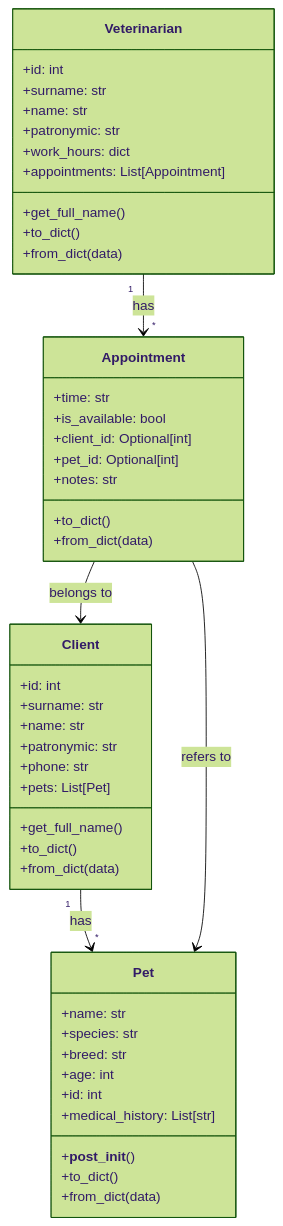
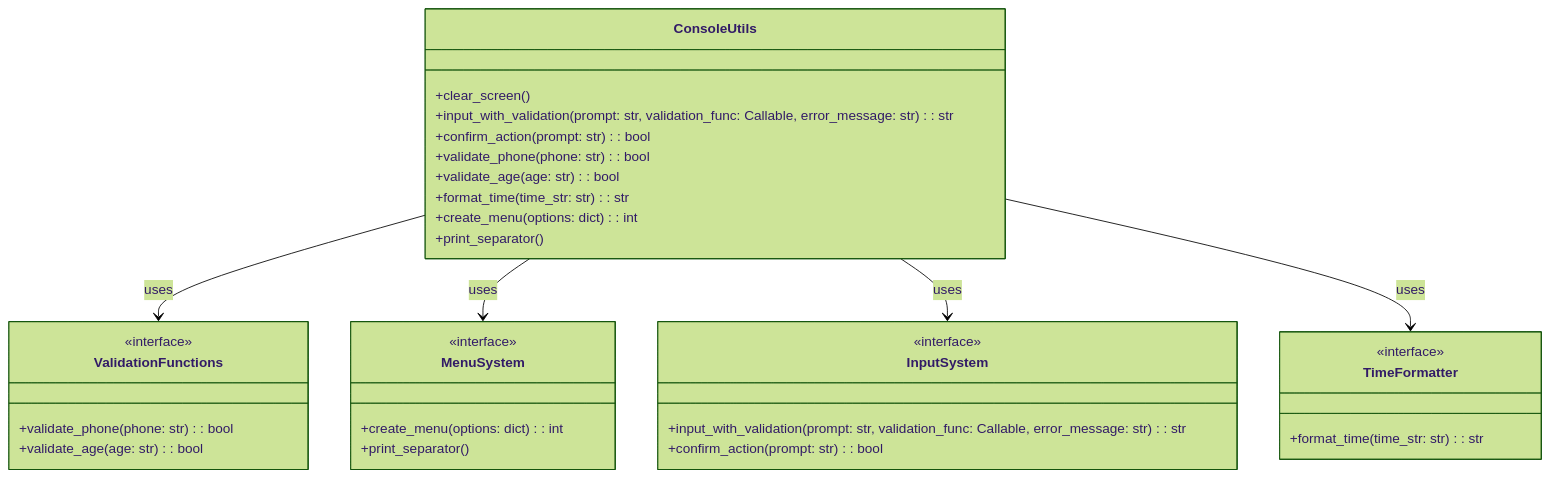
Before and after one commit to DanuloChavs/123: the diagram in README (3).md, drawn with Mermaid (forest theme).

````diff
--- a/README (3).md
+++ b/README (3).md
@@ -81,53 +81,41 @@
 ```mermaid
 classDiagram
-    class Pet {
-        +name: str
-        +species: str
-        +breed: str
-        +age: int
-        +id: int
-        +medical_history: List[str]
-        +__post_init__()
-        +to_dict()
-        +from_dict(data)
+    class ConsoleUtils {
+        +clear_screen()
+        +input_with_validation(prompt: str, validation_func: Callable, error_message: str): str
+        +confirm_action(prompt: str): bool
+        +validate_phone(phone: str): bool
+        +validate_age(age: str): bool
+        +format_time(time_str: str): str
+        +create_menu(options: dict): int
+        +print_separator()
     }
 
-    class Client {
-        +id: int
-        +surname: str
-        +name: str
-        +patronymic: str
-        +phone: str
-        +pets: List[Pet]
-        +get_full_name()
-        +to_dict()
-        +from_dict(data)
+    class ValidationFunctions {
+        <<interface>>
+        +validate_phone(phone: str): bool
+        +validate_age(age: str): bool
     }
 
-    class Appointment {
-        +time: str
-        +is_available: bool
-        +client_id: Optional[int]
-        +pet_id: Optional[int]
-        +notes: str
-        +to_dict()
-        +from_dict(data)
+    class MenuSystem {
+        <<interface>>
+        +create_menu(options: dict): int
+        +print_separator()
     }
 
-    class Veterinarian {
-        +id: int
-        +surname: str
-        +name: str
-        +patronymic: str
-        +work_hours: dict
-        +appointments: List[Appointment]
-        +get_full_name()
-        +to_dict()
-        +from_dict(data)
+    class InputSystem {
+        <<interface>>
+        +input_with_validation(prompt: str, validation_func: Callable, error_message: str): str
+        +confirm_action(prompt: str): bool
     }
 
-    Client "1" --> "*" Pet : has
-    Veterinarian "1" --> "*" Appointment : has
-    Appointment --> Pet : refers to
-    Appointment --> Client : belongs to
+    class TimeFormatter {
+        <<interface>>
+        +format_time(time_str: str): str
+    }
+
+    ConsoleUtils --> ValidationFunctions : uses
+    ConsoleUtils --> MenuSystem : uses
+    ConsoleUtils --> InputSystem : uses
+    ConsoleUtils --> TimeFormatter : uses
 ```
````
